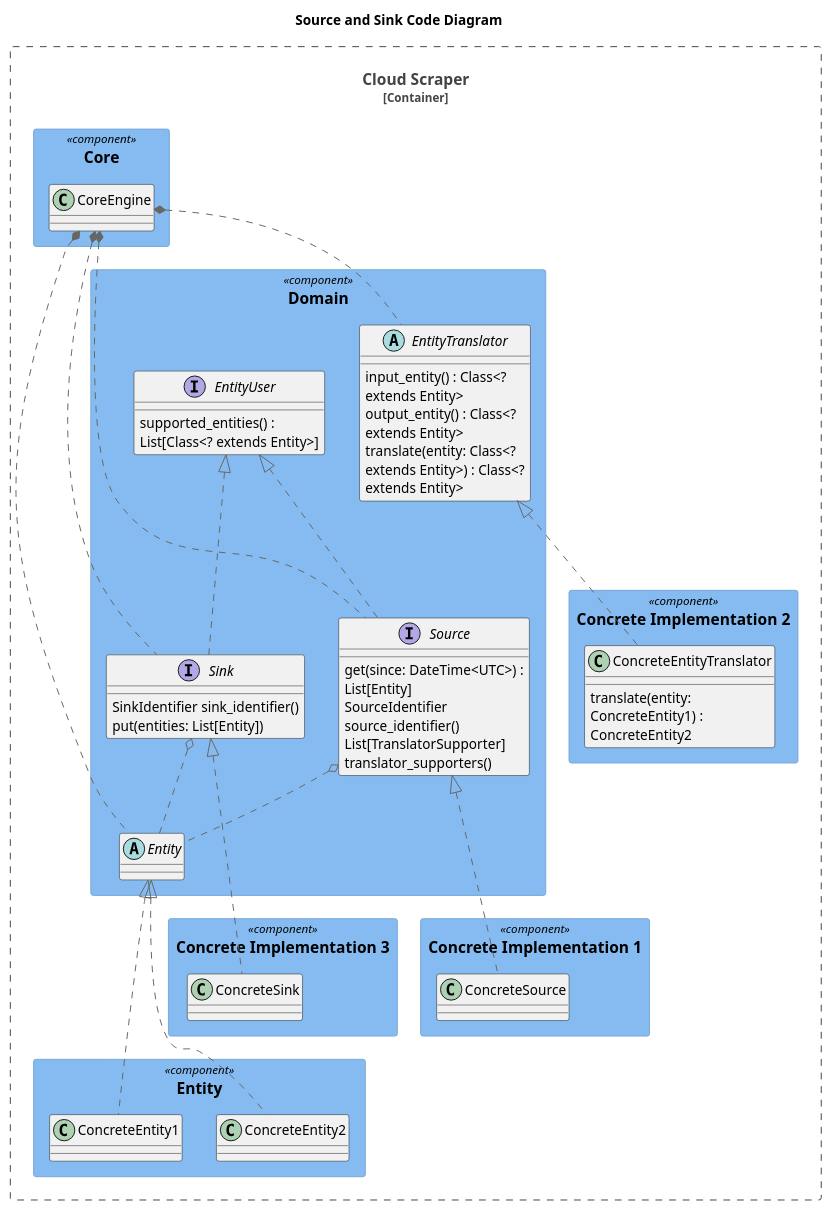
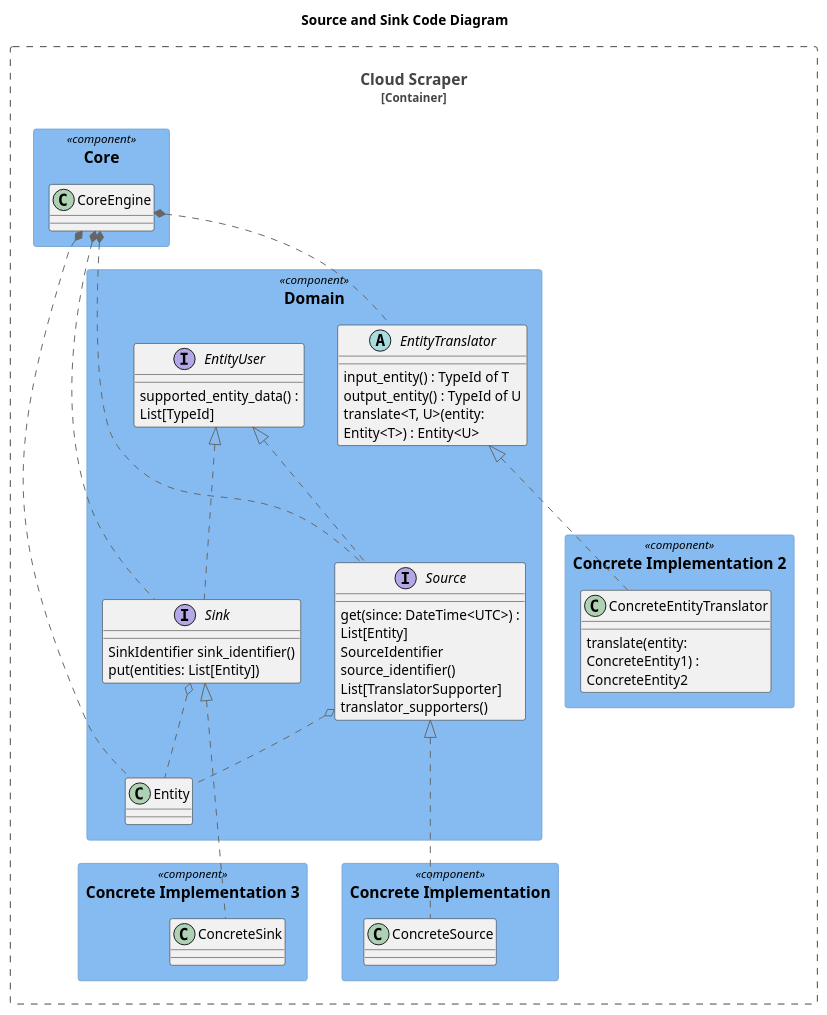
Before and after one commit to rob-h-w/cloud-scraper: the diagram in diagrams/source_and_sink_abstractions.puml, drawn with PlantUML.

Commit message:
Tweak the Code Diagram
To get the entity namespace out of the domain namespace and use a TypeId.

Remove concrete entity implementations. They don't add anything useful.

```diff
--- a/diagrams/source_and_sink_abstractions.puml
+++ b/diagrams/source_and_sink_abstractions.puml
@@ -1,75 +1,68 @@
 @startuml Source and Sink Code Diagram
 
 skinparam backgroundColor white
 allowmixing
 
 !include https://raw.githubusercontent.com/plantuml-stdlib/C4-PlantUML/master/C4_Container.puml
 !include https://raw.githubusercontent.com/plantuml-stdlib/C4-PlantUML/master/C4_Component.puml
 
 title Source and Sink Code Diagram
 
 
 Container_Boundary( app, "Cloud Scraper" ) {
     Component( core, "Core" ) {
         class core_engine as "CoreEngine"
     }
 
     Component( domain, "Domain" ) {
         interface entity_user as "EntityUser"
-        entity_user : supported_entities() : List[Class<? extends Entity>]
+        entity_user : supported_entity_data() : List[TypeId]
 
         interface source as "Source"
         source : get(since: DateTime<UTC>) : List[Entity]
         source : SourceIdentifier source_identifier()
         source : List[TranslatorSupporter] translator_supporters()
 
-        abstract entity as "Entity"
+        class entity as "Entity"
 
         abstract entity_translator as "EntityTranslator"
-        entity_translator : input_entity() : Class<? extends Entity>
-        entity_translator : output_entity() : Class<? extends Entity>
-        entity_translator : translate(entity: Class<? extends Entity>) : Class<? extends Entity>
+        entity_translator : input_entity() : TypeId of T
+        entity_translator : output_entity() : TypeId of U
+        entity_translator : translate<T, U>(entity: Entity<T>) : Entity<U>
 
         interface sink as "Sink"
         sink : SinkIdentifier sink_identifier()
         sink : put(entities: List[Entity])
     }
 
-    Component(entity_lib, "Entity") {
-        class concrete_entity_1 as "ConcreteEntity1"
-        class concrete_entity_2 as "ConcreteEntity2"
-    }
-
-    Component(concrete_1, "Concrete Implementation 1") {
+    Component(concrete_1, "Concrete Implementation") {
         class concrete_source as "ConcreteSource"
     }
 
     Component(concrete_2, "Concrete Implementation 2") {
         class concrete_entity_translator as "ConcreteEntityTranslator"
         concrete_entity_translator : translate(entity: ConcreteEntity1) : ConcreteEntity2
 
     }
 
     Component(concrete_3, "Concrete Implementation 3") {
         class concrete_sink as "ConcreteSink"
     }
 }
 
 entity_user ^... source
 entity_user ^... sink
 source ^... concrete_source
-entity ^... concrete_entity_1
-entity ^... concrete_entity_2
 entity_translator ^... concrete_entity_translator
 sink ^... concrete_sink
 
 core_engine *.. source
 core_engine *.. entity
 core_engine *.. sink
 core_engine *.. entity_translator
 
 source o.. entity
 
 sink o.. entity
 
 @enduml
```
